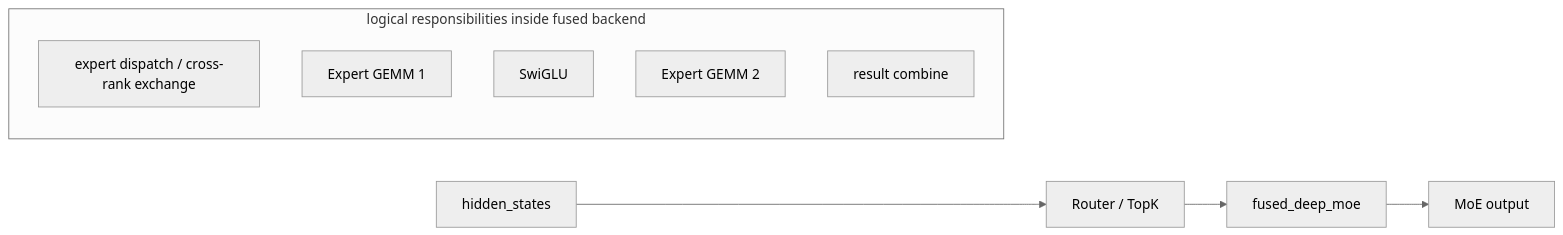
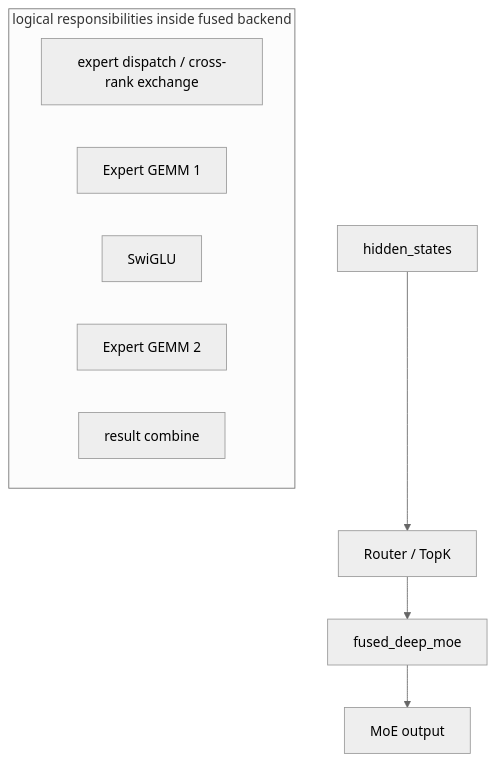
The diagram in docs/sglang/deepseek-v4-moe-source-analysis.md (AkiYangDev/llm-inference-notes), drawn with Mermaid (neutral theme) before and after one commit. The commit also changed other lines of this file and 28 other files, not shown here.

```diff
--- a/docs/sglang/deepseek-v4-moe-source-analysis.md
+++ b/docs/sglang/deepseek-v4-moe-source-analysis.md
@@ -250,14 +250,14 @@
 ~~~mermaid
-flowchart LR
+flowchart TD
     H[hidden_states] --> R[Router / TopK]
     R --> F[fused_deep_moe]
     F --> O[MoE output]
 
     subgraph S[logical responsibilities inside fused backend]
         D[expert dispatch / cross-rank exchange]
         G1[Expert GEMM 1]
         A[SwiGLU]
         G2[Expert GEMM 2]
         C[result combine]
     end
 ~~~
```
